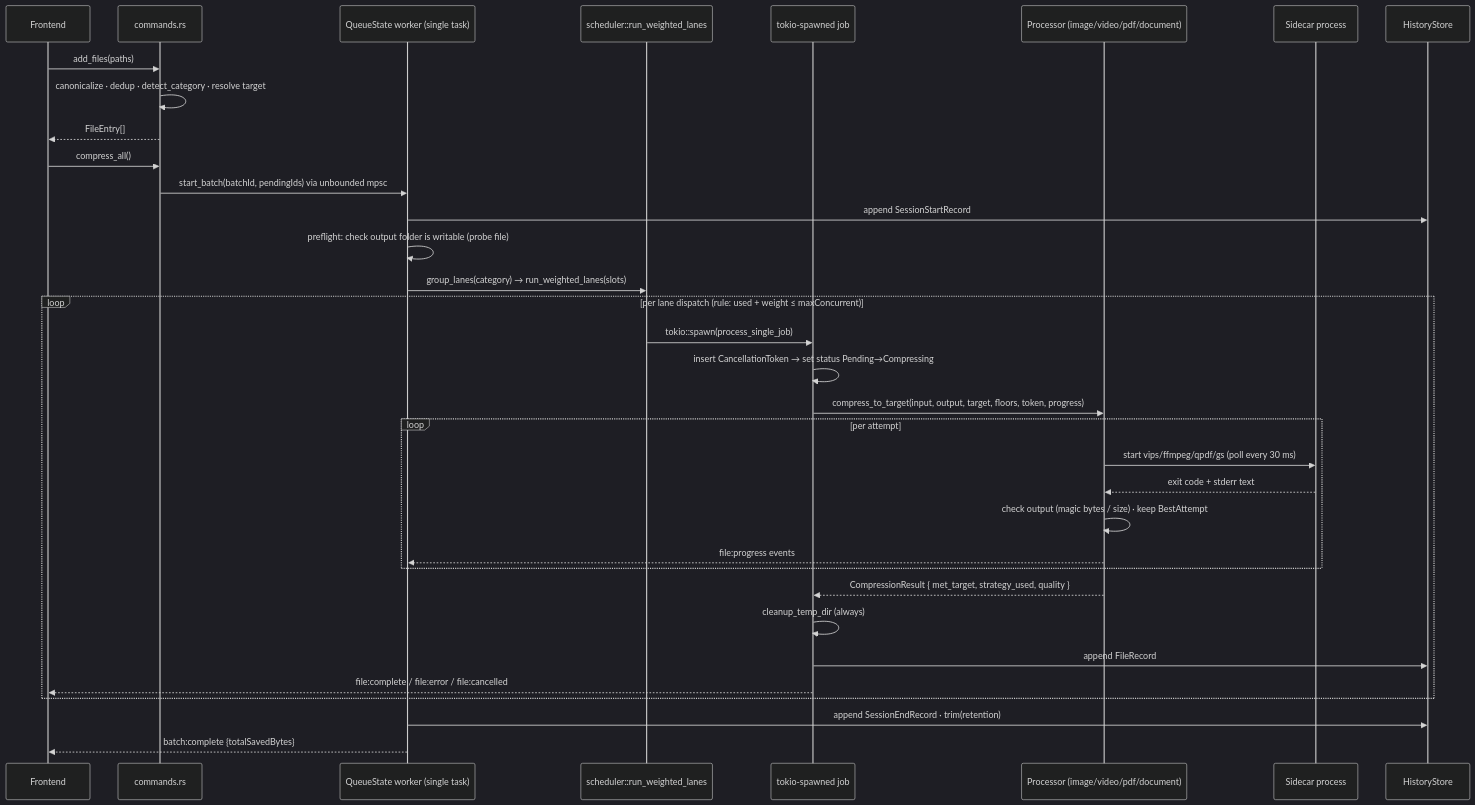
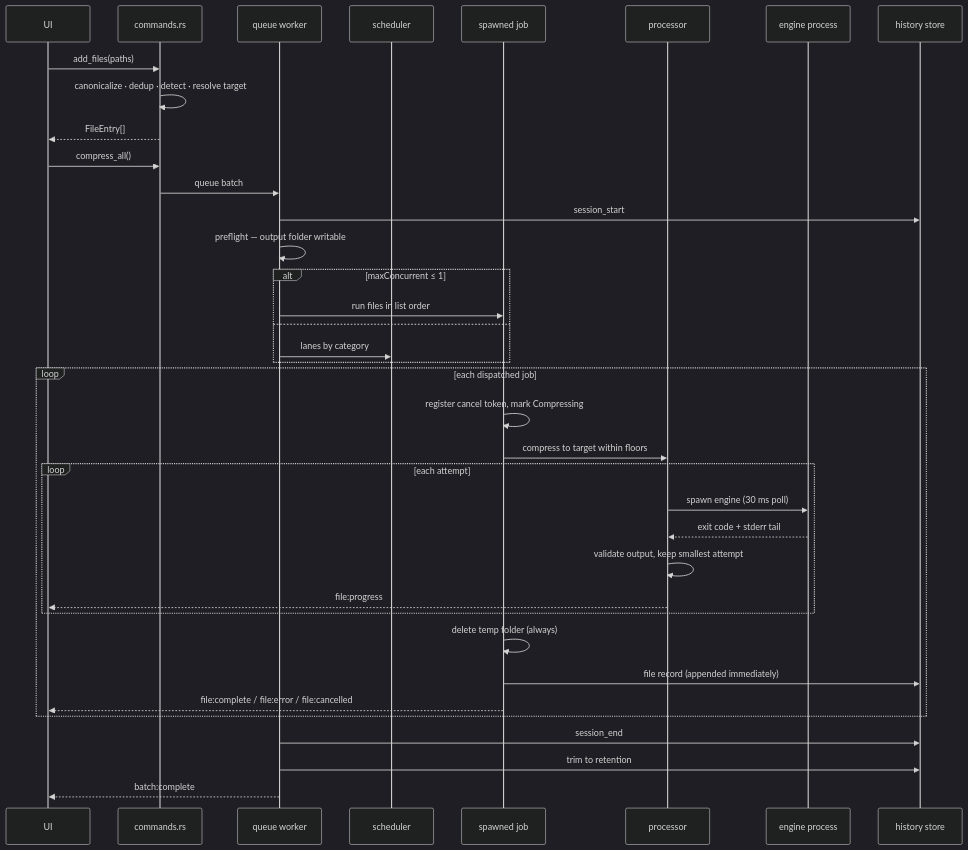
The second of 2 diagrams in docs/ARCHITECTURE.md (initgrep-apps/filecompressor), drawn with Mermaid (dark theme) before and after one commit. The commit also changed other lines of this file and 64 other files, not shown here.

````diff
--- a/docs/ARCHITECTURE.md
+++ b/docs/ARCHITECTURE.md
@@ -198,37 +142,40 @@
 ```mermaid
 sequenceDiagram
-    participant UI as Frontend
+    participant UI
     participant CMD as commands.rs
-    participant Q as QueueState worker (single task)
-    participant SCH as scheduler::run_weighted_lanes
-    participant JOB as tokio-spawned job
-    participant P as Processor (image/video/pdf/document)
-    participant SC as Sidecar process
-    participant H as HistoryStore
+    participant Q as queue worker
+    participant SCH as scheduler
+    participant JOB as spawned job
+    participant P as processor
+    participant E as engine process
+    participant H as history store
 
     UI->>CMD: add_files(paths)
-    CMD->>CMD: canonicalize · dedup · detect_category · resolve target
+    CMD->>CMD: canonicalize · dedup · detect · resolve target
     CMD-->>UI: FileEntry[]
     UI->>CMD: compress_all()
-    CMD->>Q: start_batch(batchId, pendingIds) via unbounded mpsc
-    Q->>H: append SessionStartRecord
-    Q->>Q: preflight: check output folder is writable (probe file)
-    Q->>SCH: group_lanes(category) → run_weighted_lanes(slots)
-    loop per lane dispatch (rule: used + weight ≤ maxConcurrent)
-        SCH->>JOB: tokio::spawn(process_single_job)
-        JOB->>JOB: insert CancellationToken → set status Pending→Compressing
-        JOB->>P: compress_to_target(input, output, target, floors, token, progress)
-        loop per attempt
-            P->>SC: start vips/ffmpeg/qpdf/gs (poll every 30 ms)
-            SC-->>P: exit code + stderr text
-            P->>P: check output (magic bytes / size) · keep BestAttempt
-            P-->>Q: file:progress events
+    CMD->>Q: queue batch
+    Q->>H: session_start
+    Q->>Q: preflight — output folder writable
+    alt maxConcurrent ≤ 1
+        Q->>JOB: run files in list order
+    else
+        Q->>SCH: lanes by category
+    end
+    loop each dispatched job
+        JOB->>JOB: register cancel token, mark Compressing
+        JOB->>P: compress to target within floors
+        loop each attempt
+            P->>E: spawn engine (30 ms poll)
+            E-->>P: exit code + stderr tail
+            P->>P: validate output, keep smallest attempt
+            P-->>UI: file:progress
         end
-        P-->>JOB: CompressionResult { met_target, strategy_used, quality }
-        JOB->>JOB: cleanup_temp_dir (always)
-        JOB->>H: append FileRecord
+        JOB->>JOB: delete temp folder (always)
+        JOB->>H: file record (appended immediately)
         JOB-->>UI: file:complete / file:error / file:cancelled
     end
-    Q->>H: append SessionEndRecord · trim(retention)
-    Q-->>UI: batch:complete {totalSavedBytes}
+    Q->>H: session_end
+    Q->>H: trim to retention
+    Q-->>UI: batch:complete
 ```
````
